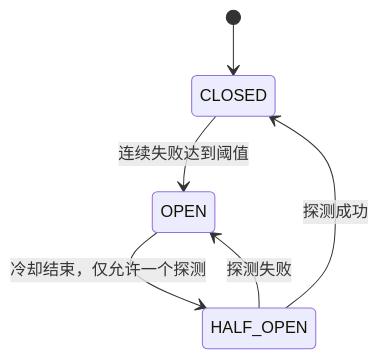
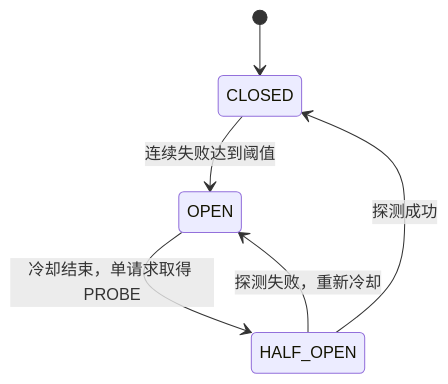
The fifth of 5 diagrams in 02-多级缓存一致性.md (SyH-101/citypass-platform), drawn with Mermaid before and after one commit. The commit also changed other lines of this file, not shown here.

Commit message:
docs: focus cache guide on resume flows with line-by-line source annotations

````diff
--- a/02-多级缓存一致性.md
+++ b/02-多级缓存一致性.md
@@ -892,8 +977,8 @@
 ```mermaid
 stateDiagram-v2
     [*] --> CLOSED
     CLOSED --> OPEN: 连续失败达到阈值
-    OPEN --> HALF_OPEN: 冷却结束，仅允许一个探测
+    OPEN --> HALF_OPEN: 冷却结束，单请求取得 PROBE
     HALF_OPEN --> CLOSED: 探测成功
-    HALF_OPEN --> OPEN: 探测失败
+    HALF_OPEN --> OPEN: 探测失败，重新冷却
 ```
````
